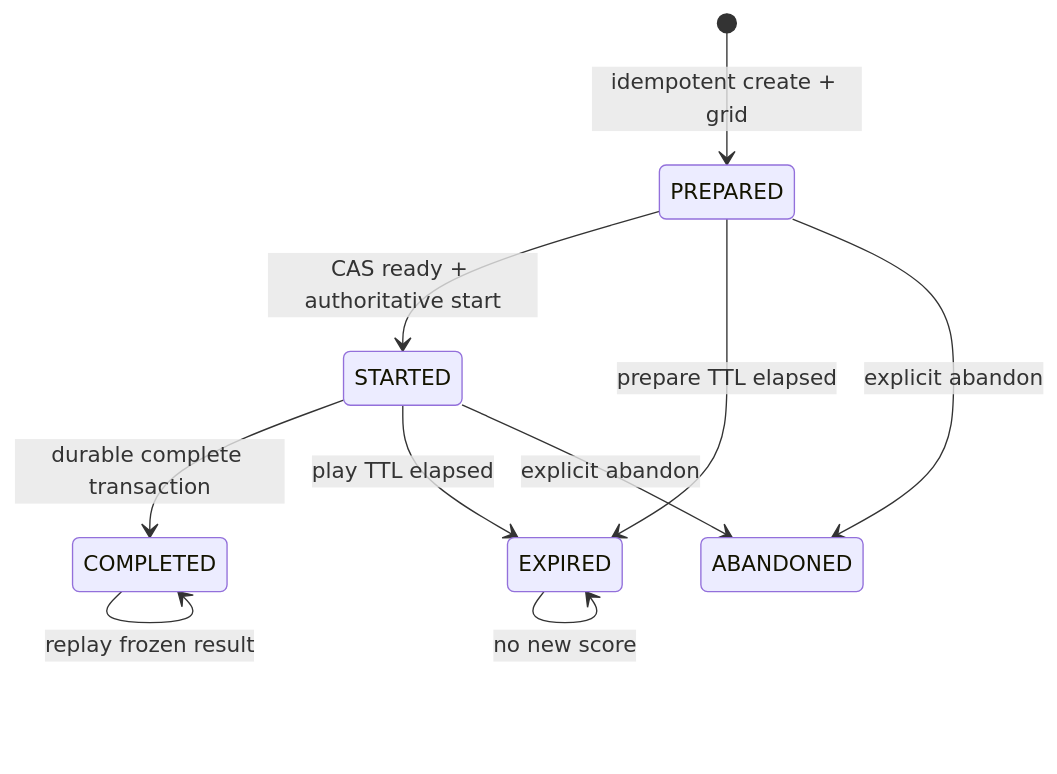
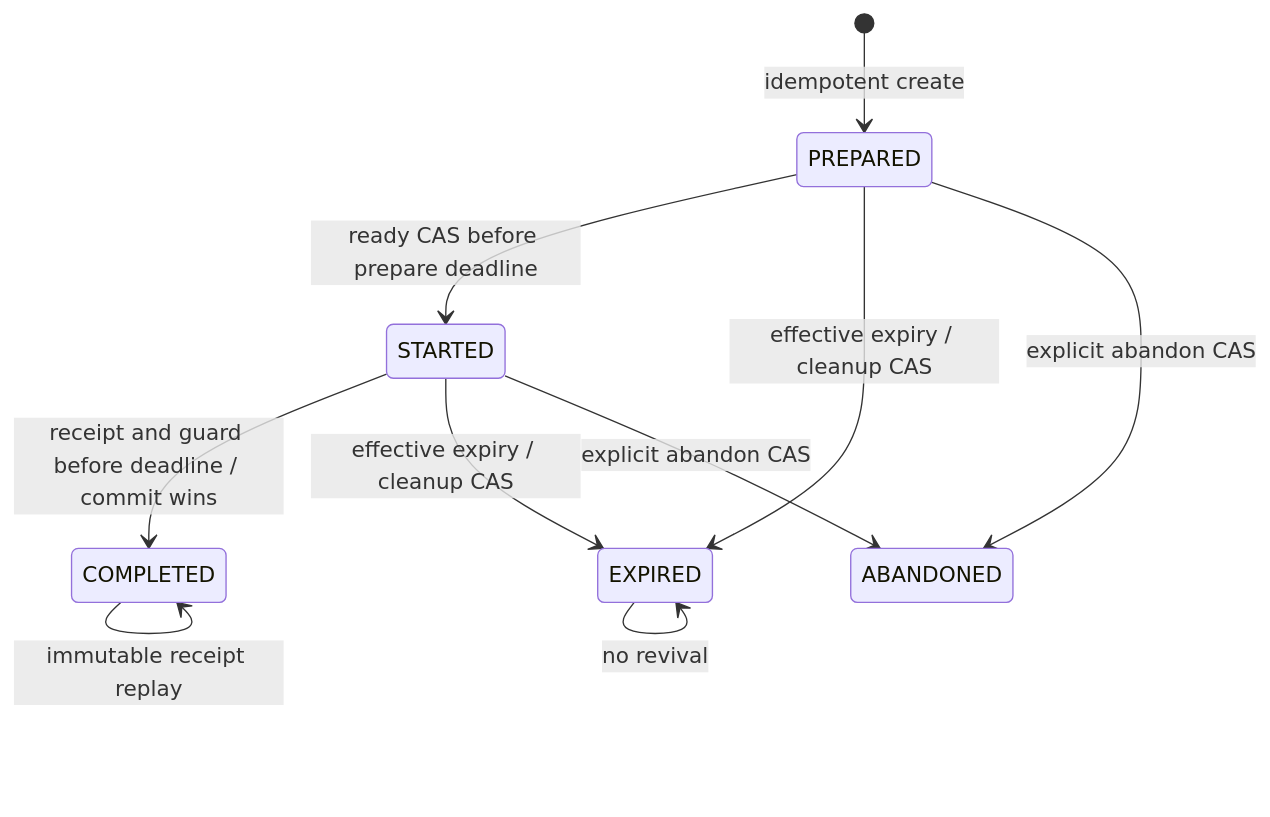
One commit to MZKZxyz/fort-custer-server changed the diagram in docs/rfcs/fc-sys-01/README.md. Above: the diagram before and after it, drawn with Mermaid. The commit also changed other lines of this file and 7 other files, not shown here.

````diff
--- a/docs/rfcs/fc-sys-01/README.md
+++ b/docs/rfcs/fc-sys-01/README.md
@@ -60,12 +64,12 @@
 ```mermaid
 stateDiagram-v2
-  [*] --> PREPARED: idempotent create + grid
-  PREPARED --> STARTED: CAS ready + authoritative start
-  PREPARED --> EXPIRED: prepare TTL elapsed
-  PREPARED --> ABANDONED: explicit abandon
-  STARTED --> COMPLETED: durable complete transaction
-  STARTED --> EXPIRED: play TTL elapsed
-  STARTED --> ABANDONED: explicit abandon
-  COMPLETED --> COMPLETED: replay frozen result
-  EXPIRED --> EXPIRED: no new score
+  [*] --> PREPARED: idempotent create
+  PREPARED --> STARTED: ready CAS before prepare deadline
+  PREPARED --> EXPIRED: effective expiry / cleanup CAS
+  PREPARED --> ABANDONED: explicit abandon CAS
+  STARTED --> COMPLETED: receipt and guard before deadline / commit wins
+  STARTED --> EXPIRED: effective expiry / cleanup CAS
+  STARTED --> ABANDONED: explicit abandon CAS
+  COMPLETED --> COMPLETED: immutable receipt replay
+  EXPIRED --> EXPIRED: no revival
 ```
````
